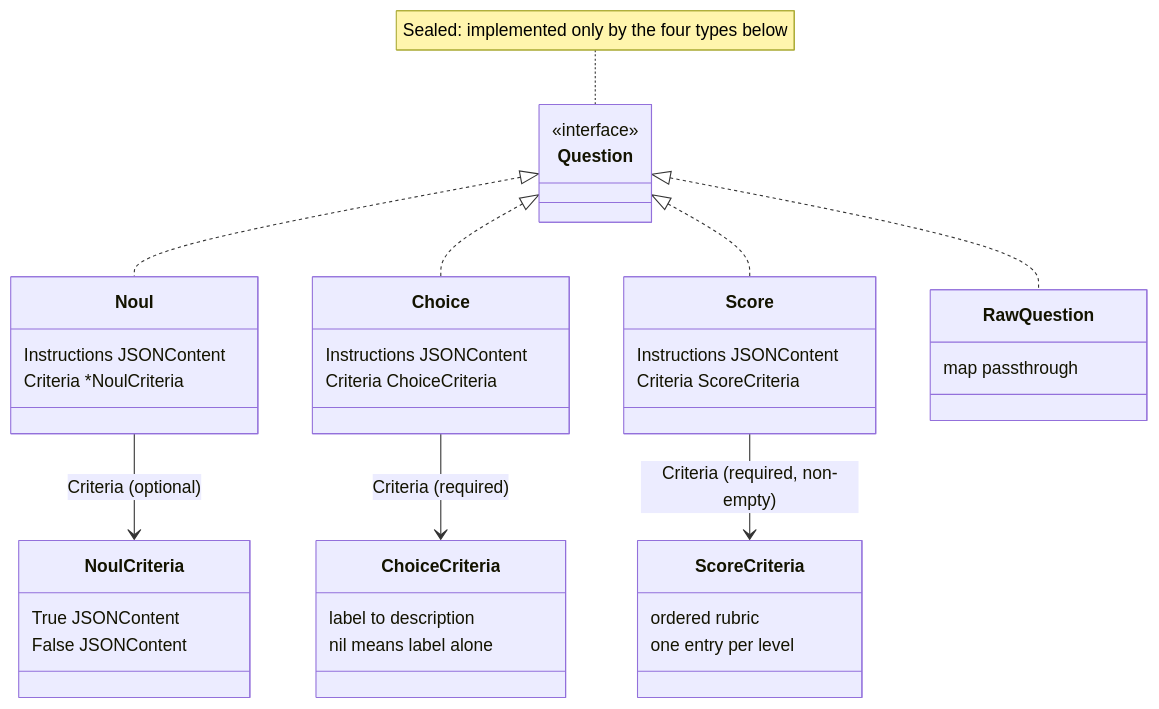
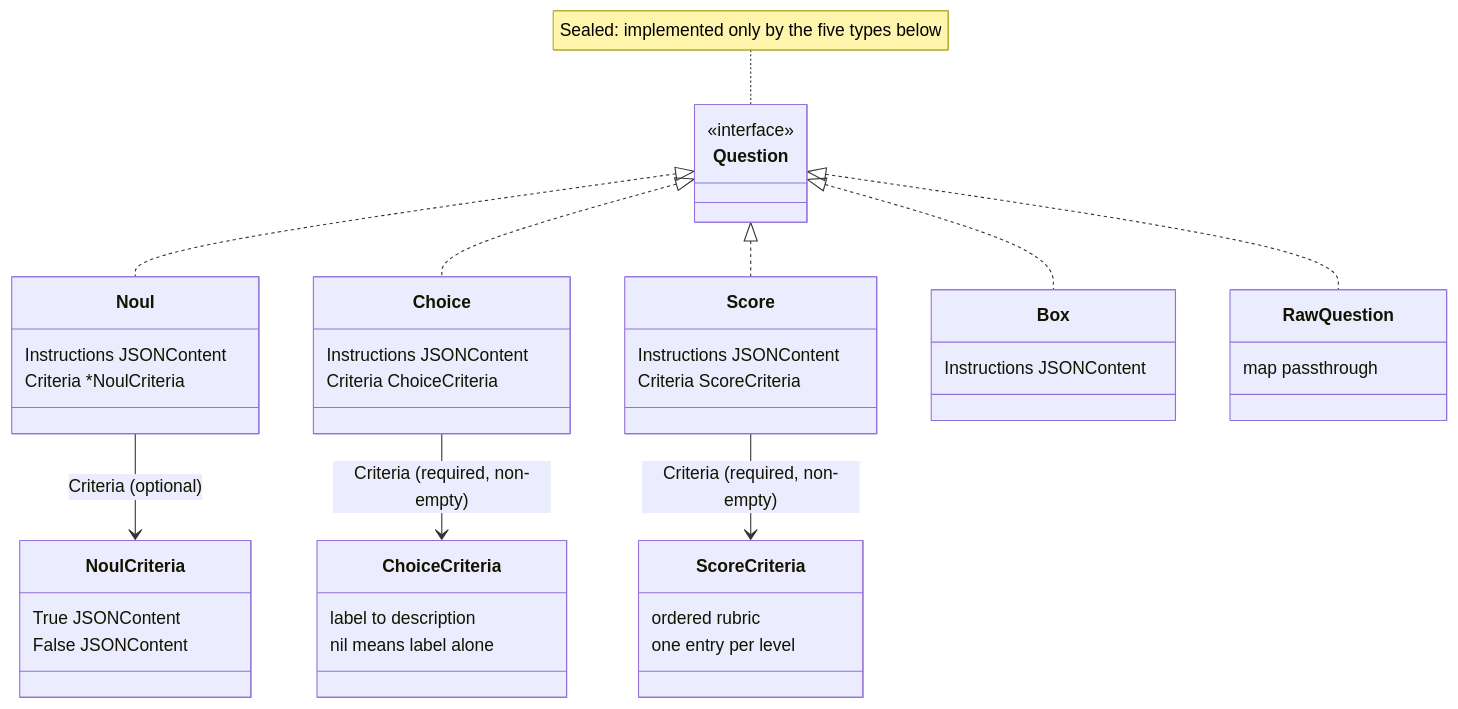
One commit to captain-corgi/typesafe-sdk-go changed the first of 2 diagrams in docs/questions.md. Above: the diagram before and after it, drawn with Mermaid. The commit also changed other lines of this file and 41 other files, not shown here.

````diff
--- a/docs/questions.md
+++ b/docs/questions.md
@@ -10,41 +10,45 @@
 ```mermaid
 classDiagram
     class Question {
         <<interface>>
     }
     class Noul {
         Instructions JSONContent
         Criteria *NoulCriteria
     }
     class Choice {
         Instructions JSONContent
         Criteria ChoiceCriteria
     }
     class Score {
         Instructions JSONContent
         Criteria ScoreCriteria
     }
+    class Box {
+        Instructions JSONContent
+    }
     class RawQuestion {
         map passthrough
     }
     class NoulCriteria {
         True JSONContent
         False JSONContent
     }
     class ChoiceCriteria {
         label to description
         nil means label alone
     }
     class ScoreCriteria {
         ordered rubric
         one entry per level
     }
-    note for Question "Sealed: implemented only by the four types below"
+    note for Question "Sealed: implemented only by the five types below"
     Question <|.. Noul
     Question <|.. Choice
     Question <|.. Score
+    Question <|.. Box
     Question <|.. RawQuestion
     Noul --> NoulCriteria : Criteria (optional)
-    Choice --> ChoiceCriteria : Criteria (required)
+    Choice --> ChoiceCriteria : Criteria (required, non-empty)
     Score --> ScoreCriteria : Criteria (required, non-empty)
 ```
````
